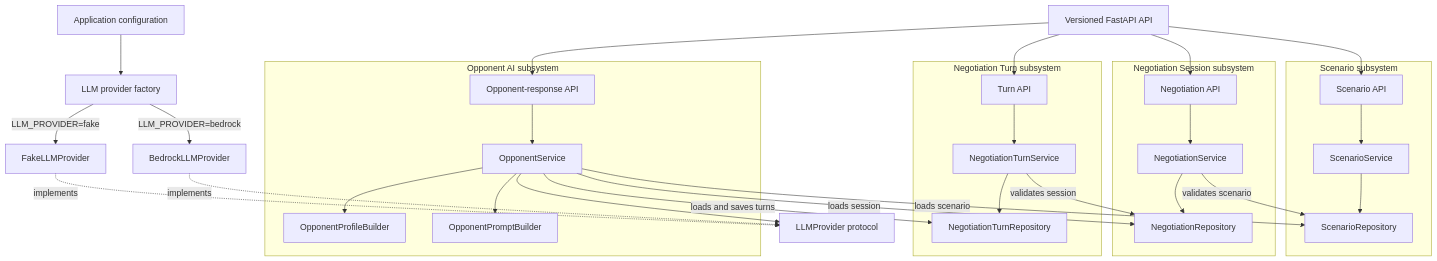
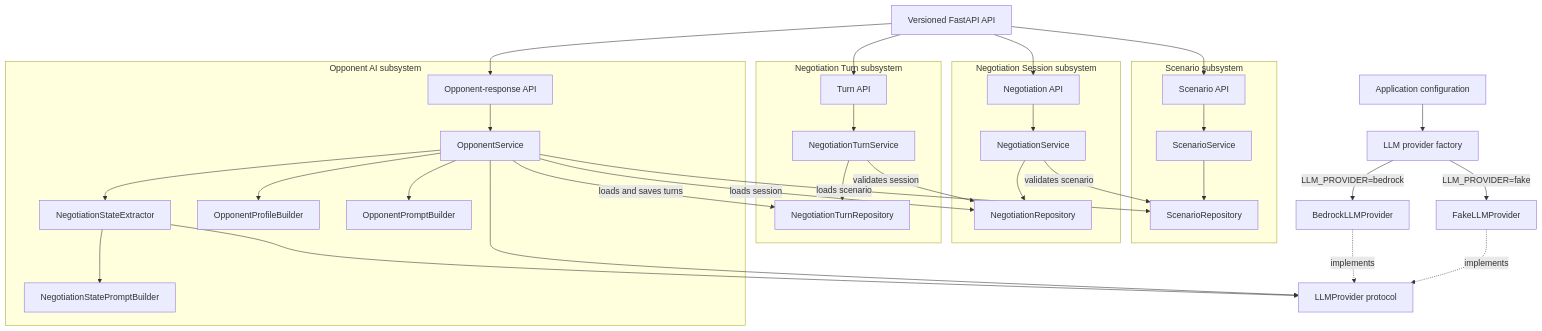
Before and after one commit to bikash-singhal/negotia: the diagram in README.md, drawn with Mermaid. The commit also changed other lines of this file and 15 other files, not shown here.

````diff
--- a/README.md
+++ b/README.md
@@ -53,63 +54,68 @@
 ```mermaid
 flowchart TD
     API["Versioned FastAPI API"]
     Config["Application configuration"]
     Factory["LLM provider factory"]
 
     subgraph Scenario["Scenario subsystem"]
         ScenarioAPI["Scenario API"]
         ScenarioService["ScenarioService"]
         ScenarioRepository["ScenarioRepository"]
         ScenarioAPI --> ScenarioService
         ScenarioService --> ScenarioRepository
     end
 
     subgraph Session["Negotiation Session subsystem"]
         SessionAPI["Negotiation API"]
         SessionService["NegotiationService"]
         NegotiationRepository["NegotiationRepository"]
         SessionAPI --> SessionService
         SessionService --> NegotiationRepository
         SessionService -->|"validates scenario"| ScenarioRepository
     end
 
     subgraph Turn["Negotiation Turn subsystem"]
         TurnAPI["Turn API"]
         TurnService["NegotiationTurnService"]
         TurnRepository["NegotiationTurnRepository"]
         TurnAPI --> TurnService
         TurnService --> TurnRepository
         TurnService -->|"validates session"| NegotiationRepository
     end
 
     subgraph Opponent["Opponent AI subsystem"]
         OpponentAPI["Opponent-response API"]
         OpponentService["OpponentService"]
+        StateExtractor["NegotiationStateExtractor"]
+        StatePrompt["NegotiationStatePromptBuilder"]
         ProfileBuilder["OpponentProfileBuilder"]
         PromptBuilder["OpponentPromptBuilder"]
 
         OpponentAPI --> OpponentService
+        OpponentService --> StateExtractor
+        StateExtractor --> StatePrompt
         OpponentService --> ProfileBuilder
         OpponentService --> PromptBuilder
         OpponentService -->|"loads scenario"| ScenarioRepository
         OpponentService -->|"loads session"| NegotiationRepository
         OpponentService -->|"loads and saves turns"| TurnRepository
     end
 
     Provider["LLMProvider protocol"]
     Fake["FakeLLMProvider"]
     Bedrock["BedrockLLMProvider"]
 
     API --> ScenarioAPI
     API --> SessionAPI
     API --> TurnAPI
     API --> OpponentAPI
 
     Config --> Factory
     Factory -->|"LLM_PROVIDER=fake"| Fake
     Factory -->|"LLM_PROVIDER=bedrock"| Bedrock
 
     OpponentService --> Provider
+    StateExtractor --> Provider
     Fake -.->|"implements"| Provider
     Bedrock -.->|"implements"| Provider
 ```
````
